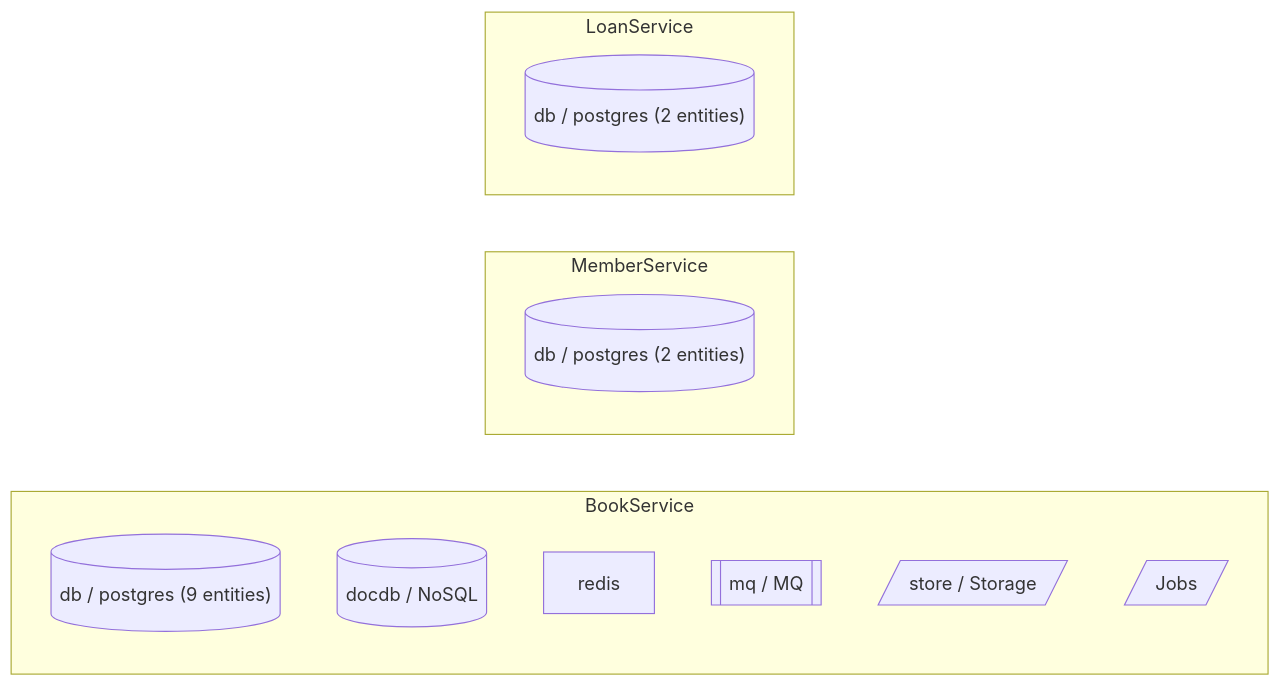
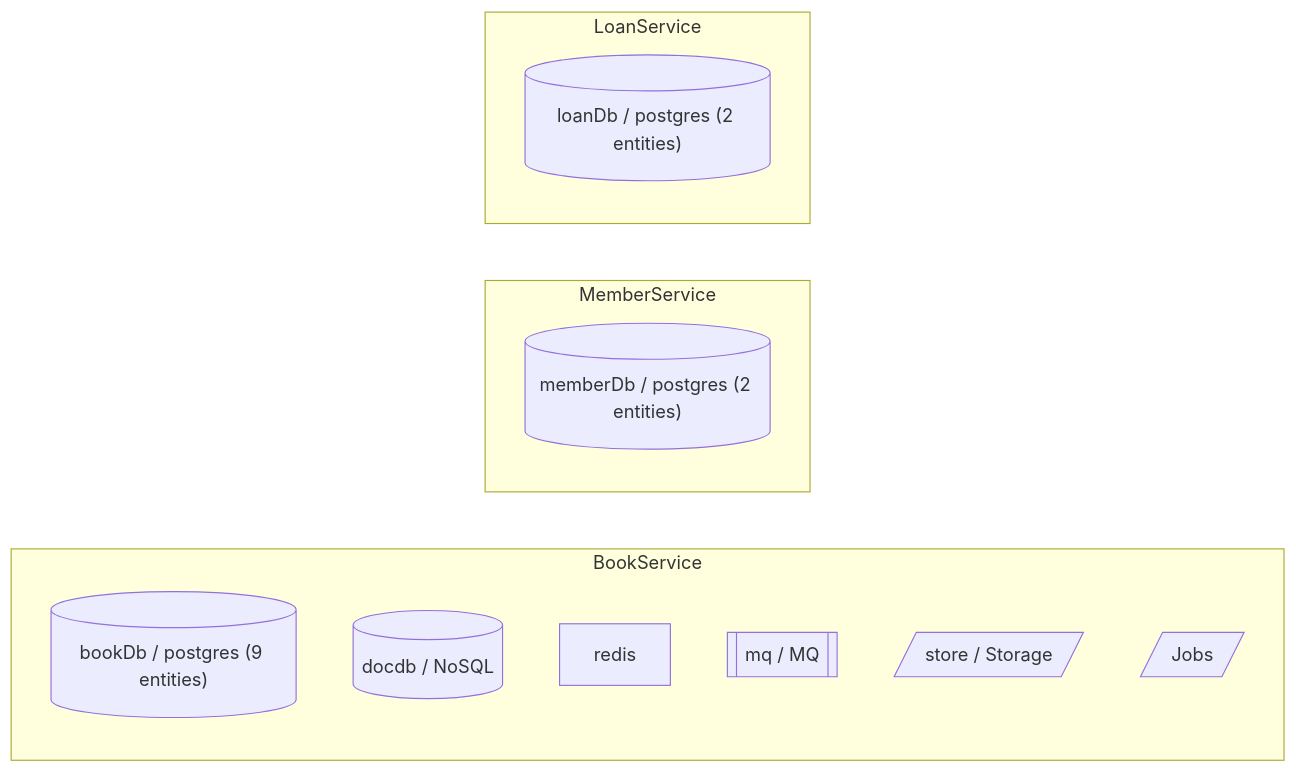
One commit to keturk/datrix changed the diagram in examples/01-tutorial/26-advanced-types/docs/diagrams/infrastructure.md. Above: the diagram before and after it, drawn with Mermaid. The commit also changed 158 other files, not shown here.

First line of the commit message:
Examples: name RDBMS blocks and align diagrams/docs with multi-datasource style

````diff
--- a/examples/01-tutorial/26-advanced-types/docs/diagrams/infrastructure.md
+++ b/examples/01-tutorial/26-advanced-types/docs/diagrams/infrastructure.md
@@ -3,17 +3,17 @@
 ```mermaid
 graph LR
     subgraph "BookService"
-    book_service_rdbms_db[("db / postgres (9 entities)")]
+    book_service_rdbms_book_db[("bookDb / postgres (9 entities)")]
     book_service_nosql_docdb[("docdb / NoSQL")]
     book_service_cache["redis"]
     book_service_mq_mq[["mq / MQ"]]
     book_service_storage_store[/"store / Storage"/]
     book_service_jobs[/"Jobs"/]
     end
     subgraph "MemberService"
-    member_service_rdbms_db[("db / postgres (2 entities)")]
+    member_service_rdbms_member_db[("memberDb / postgres (2 entities)")]
     end
     subgraph "LoanService"
-    loan_service_rdbms_db[("db / postgres (2 entities)")]
+    loan_service_rdbms_loan_db[("loanDb / postgres (2 entities)")]
     end
 ```
````
